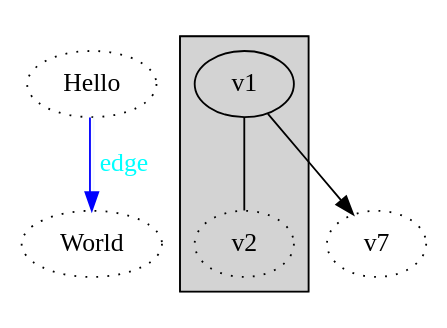
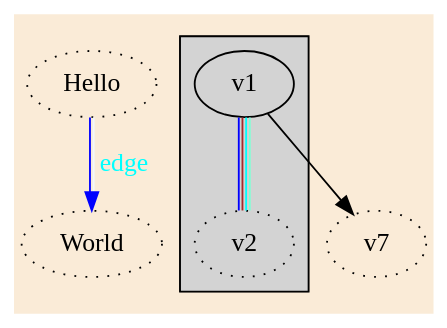
The diagram in examples/hello.dot (Qiu-Weidong/vscode-graphviz-extension), drawn with Graphviz before and after one commit. The commit also changed 6 other files, not shown here.

```diff
--- a/examples/hello.dot
+++ b/examples/hello.dot
@@ -1,14 +1,16 @@
 digraph G{
   node [fontcolor="aquamarine:green", style="dotted"];
   Hello -> World [label="edge", fontcolor="aqua", color="blue:aliceblue"];
   
   subgraph cluster_0 {
     style="striped";
-    v1 -> v2 [style="tapered", dir="none"];
+    v1 -> v2 [dir="none", color="blue:brown:aqua:aquamarine"];
 
   }
+
+  bgcolor="antiquewhite";
   
   v1 [style="filled"];
   v1 -> v7 ;
 
 }
```
